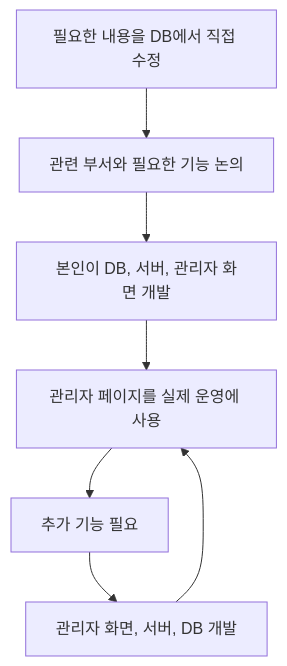
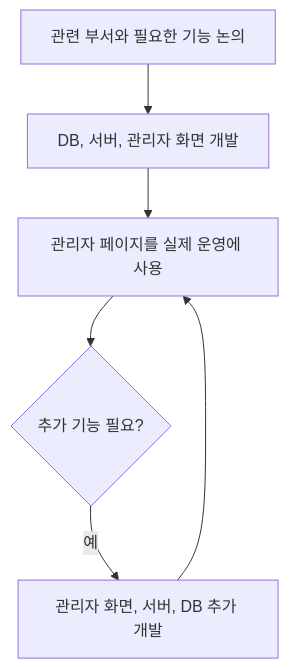
Before and after one commit to KimHG1995/work-history: the diagram in projects/platform-operations/initial-admin.md, drawn with Mermaid. The commit also changed other lines of this file and 4 other files, not shown here.

Commit message:
docs: 업무 단계와 구조 전환을 구분해 Mermaid 가독성 개선

````diff
--- a/projects/platform-operations/initial-admin.md
+++ b/projects/platform-operations/initial-admin.md
@@ -44,9 +44,8 @@
 ```mermaid
 flowchart TD
-    manual["필요한 내용을 DB에서 직접 수정"] --> discuss["관련 부서와 필요한 기능 논의"]
-    discuss --> develop["본인이 DB, 서버, 관리자 화면 개발"]
+    discuss["관련 부서와 필요한 기능 논의"] --> develop["DB, 서버, 관리자 화면 개발"]
     develop --> operation["관리자 페이지를 실제 운영에 사용"]
-    operation --> request["추가 기능 필요"]
-    request --> add["관리자 화면, 서버, DB 개발"]
+    operation --> request{"추가 기능 필요?"}
+    request -->|예| add["관리자 화면, 서버, DB 추가 개발"]
     add --> operation
 ```
````
